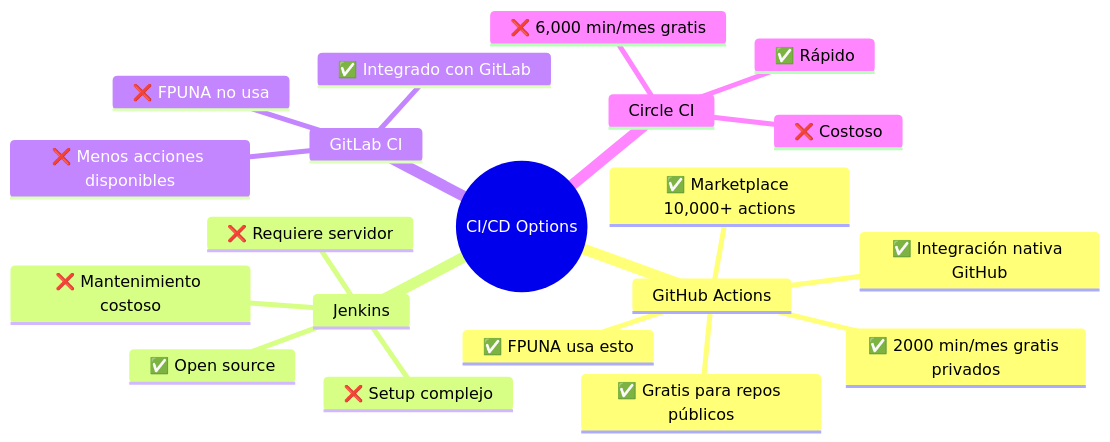
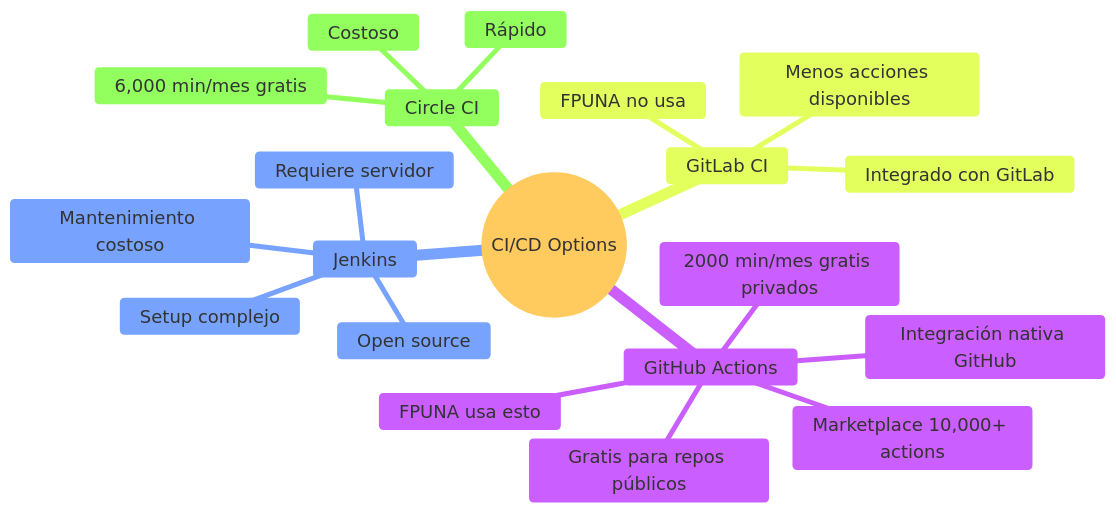
One commit to Ai-Whisperers/Courses-Content changed the third of 16 diagrams in courses/🟡-development/FPUNA-2026/01-DESARROLLO-SOFTWARE/especializaciones/qa-automation/04-integracion-ci-cd.md. Above: the diagram before and after it, drawn with Mermaid. The commit also changed other lines of this file and 47 other files, not shown here.

First line of the commit message:
fix: Make all 473 diagrams WCAG AAA accessible (FPUNA-2026)

````diff
--- a/courses/🟡-development/FPUNA-2026/01-DESARROLLO-SOFTWARE/especializaciones/qa-automation/04-integracion-ci-cd.md
+++ b/courses/🟡-development/FPUNA-2026/01-DESARROLLO-SOFTWARE/especializaciones/qa-automation/04-integracion-ci-cd.md
@@ -115,23 +117,24 @@
 ```mermaid
+%%{init: {'theme':'base', 'themeVariables': {'fontSize':'18px'}}}%%
 mindmap
   root((CI/CD Options))
     GitHub Actions
-      ✅ Gratis para repos públicos
-      ✅ 2000 min/mes gratis privados
-      ✅ Integración nativa GitHub
-      ✅ Marketplace 10,000+ actions
-      ✅ FPUNA usa esto
+      Gratis para repos públicos
+      2000 min/mes gratis privados
+      Integración nativa GitHub
+      Marketplace 10,000+ actions
+      FPUNA usa esto
     Jenkins
-      ✅ Open source
-      ❌ Setup complejo
-      ❌ Requiere servidor
-      ❌ Mantenimiento costoso
+      Open source
+      Setup complejo
+      Requiere servidor
+      Mantenimiento costoso
     GitLab CI
-      ✅ Integrado con GitLab
-      ❌ Menos acciones disponibles
-      ❌ FPUNA no usa
+      Integrado con GitLab
+      Menos acciones disponibles
+      FPUNA no usa
     Circle CI
-      ✅ Rápido
-      ❌ Costoso
-      ❌ 6,000 min/mes gratis
+      Rápido
+      Costoso
+      6,000 min/mes gratis
 ```
````
